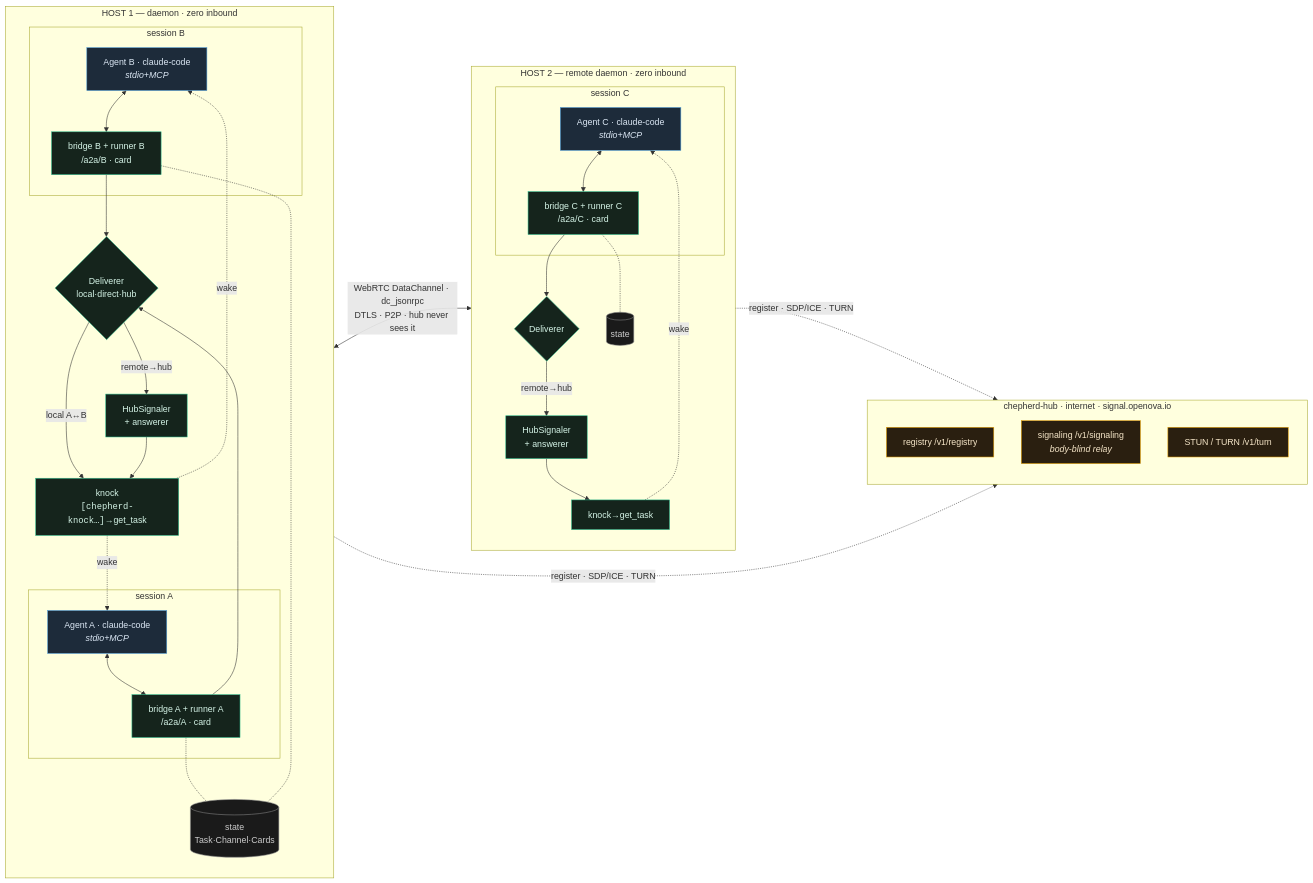
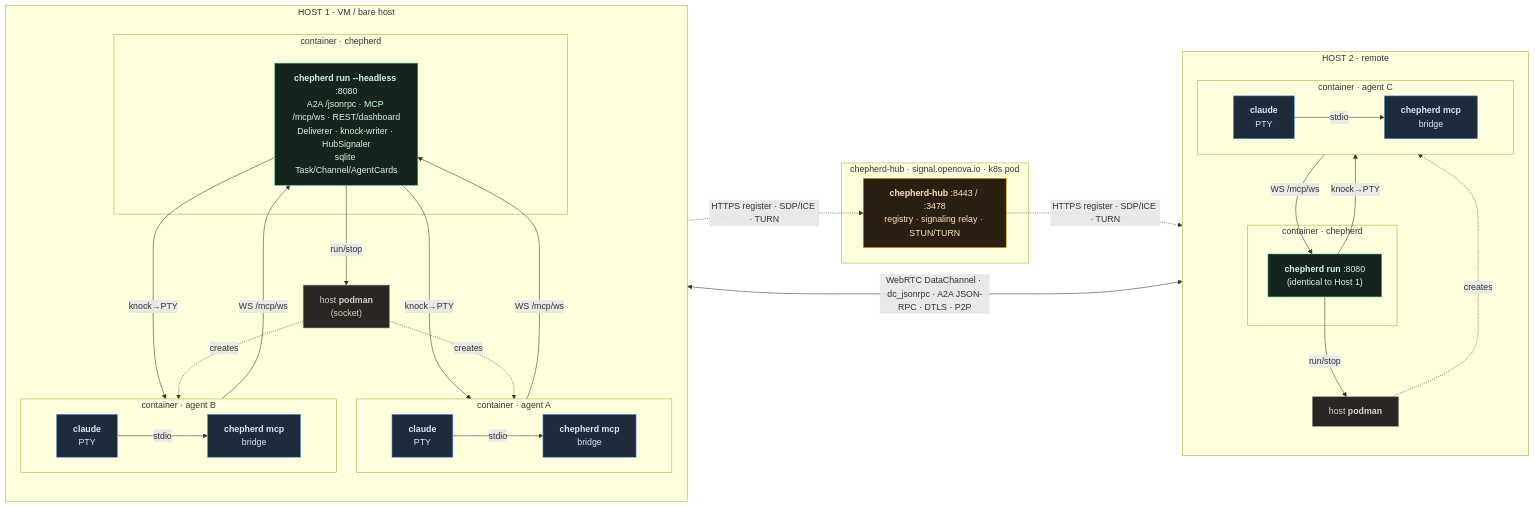
The first of 3 diagrams in docs/A2A-ARCHITECTURE.md (agenity-org/agenity), drawn with Mermaid before and after one commit. The commit also changed other lines of this file, not shown here.

First line of the commit message:
docs(a2a): widescreen layout — centre the hub on the spine, fill 16:9

````diff
--- a/docs/A2A-ARCHITECTURE.md
+++ b/docs/A2A-ARCHITECTURE.md
@@ -19,66 +13,68 @@
 ```mermaid
+%%{init: {'flowchart': {'nodeSpacing': 36, 'rankSpacing': 80, 'curve': 'basis'}}}%%
 flowchart LR
   classDef agent fill:#1d2b3a,stroke:#4f9dd9,color:#dce8f5
-  classDef ours fill:#15241c,stroke:#2fbf8f,color:#d6f5e8
+  classDef daemon fill:#15241c,stroke:#2fbf8f,color:#d6f5e8
+  classDef infra fill:#2a2622,stroke:#9a9a9a,color:#d8d2c8
   classDef hub fill:#2a1f10,stroke:#e69f00,color:#f6e6c8
-  classDef store fill:#1a1a1a,stroke:#888,color:#ccc
 
-  subgraph H1["HOST 1 — daemon · zero inbound"]
+  %% ── HOST 1 (left third) — agents A+B + daemon + podman ──────────────
+  subgraph HOST1["HOST 1 · VM / bare host"]
     direction TB
-    subgraph SA["session A"]
-      A["Agent A · claude-code<br/><i>stdio+MCP</i>"]:::agent
-      RA["bridge A + runner A<br/>/a2a/A · card"]:::ours
-      A <--> RA
+    subgraph cA["container · agent A"]
+      direction LR
+      CLA["<b>claude</b><br/>PTY"]:::agent
+      BRA["<b>chepherd mcp</b><br/>bridge"]:::agent
+      CLA -- stdio --> BRA
     end
-    subgraph SB["session B"]
-      B["Agent B · claude-code<br/><i>stdio+MCP</i>"]:::agent
-      RB["bridge B + runner B<br/>/a2a/B · card"]:::ours
-      B <--> RB
+    subgraph cB["container · agent B"]
+      direction LR
+      CLB["<b>claude</b><br/>PTY"]:::agent
+      BRB["<b>chepherd mcp</b><br/>bridge"]:::agent
+      CLB -- stdio --> BRB
     end
-    D1{"Deliverer<br/>local·direct·hub"}:::ours
-    K1["knock<br/><code>[chepherd-knock…]</code>→get_task"]:::ours
-    HS1["HubSignaler<br/>+ answerer"]:::ours
-    ST1[("state<br/>Task·Channel·Cards")]:::store
-    RA --> D1
-    RB --> D1
-    RA -.- ST1
-    RB -.- ST1
-    D1 -- "local A↔B" --> K1
-    K1 -. wake .-> A
-    K1 -. wake .-> B
-    D1 -- "remote→hub" --> HS1
+    subgraph cD1["container · chepherd"]
+      DAEMON["<b>chepherd run --headless</b> :8080<br/>A2A /jsonrpc · MCP /mcp/ws · REST/dashboard<br/>Deliverer · knock-writer · HubSignaler<br/>sqlite Task/Channel/AgentCards"]:::daemon
+    end
+    POD1["host <b>podman</b><br/>(socket)"]:::infra
+    BRA -- "WS /mcp/ws" --> DAEMON
+    BRB -- "WS /mcp/ws" --> DAEMON
+    DAEMON -- "knock→PTY" --> CLA
+    DAEMON -- "knock→PTY" --> CLB
+    DAEMON -- "run/stop" --> POD1
+    POD1 -. creates .-> cA
+    POD1 -. creates .-> cB
   end
 
-  subgraph HUB["chepherd-hub · internet · signal.openova.io"]
-    direction TB
-    REG["registry /v1/registry"]:::hub
-    SIG["signaling /v1/signaling<br/><i>body-blind relay</i>"]:::hub
-    TURN["STUN / TURN /v1/turn"]:::hub
+  %% ── HUB (centre) — sits on the horizontal spine ─────────────────────
+  subgraph HUB["chepherd-hub · signal.openova.io · k8s pod"]
+    HUBP["<b>chepherd-hub</b> :8443 / :3478<br/>registry · signaling relay · STUN/TURN"]:::hub
   end
 
-  subgraph H2["HOST 2 — remote daemon · zero inbound"]
+  %% ── HOST 2 (right third) — agent C + daemon + podman ────────────────
+  subgraph HOST2["HOST 2 · remote"]
     direction TB
-    subgraph SC["session C"]
-      C["Agent C · claude-code<br/><i>stdio+MCP</i>"]:::agent
-      RC["bridge C + runner C<br/>/a2a/C · card"]:::ours
-      C <--> RC
+    subgraph cD2["container · chepherd"]
+      DAEMON2["<b>chepherd run</b> :8080<br/>(identical to Host 1)"]:::daemon
     end
-    D2{"Deliverer"}:::ours
-    K2["knock→get_task"]:::ours
-    HS2["HubSignaler<br/>+ answerer"]:::ours
-    ST2[("state")]:::store
-    RC --> D2
-    RC -.- ST2
-    D2 -- "remote→hub" --> HS2
-    HS2 --> K2
-    K2 -. wake .-> C
+    subgraph cC["container · agent C"]
+      direction LR
+      CLC["<b>claude</b><br/>PTY"]:::agent
+      BRC["<b>chepherd mcp</b><br/>bridge"]:::agent
+      CLC -- stdio --> BRC
+    end
+    POD2["host <b>podman</b>"]:::infra
+    BRC -- "WS /mcp/ws" --> DAEMON2
+    DAEMON2 -- "knock→PTY" --> CLC
+    DAEMON2 -- "run/stop" --> POD2
+    POD2 -. creates .-> cC
   end
 
-  %% control plane only — discovery + signaling + TURN (NEVER payload)
-  HS1 -. "register · SDP/ICE · TURN" .-> HUB
-  HS2 -. "register · SDP/ICE · TURN" .-> HUB
+  %% control plane — signaling RELAYED THROUGH the hub (both daemons dial out);
+  %% drawn daemon→hub→daemon so the hub lands centre on the spine.
+  DAEMON -. "HTTPS register · SDP/ICE · TURN" .-> HUBP
+  HUBP  -. "HTTPS register · SDP/ICE · TURN" .-> DAEMON2
 
-  %% data plane — encrypted A2A payload, peer-to-peer, hub blind
-  HS1 <-->|"WebRTC DataChannel · dc_jsonrpc<br/>DTLS · P2P · hub never sees it"| HS2
-  HS1 --> K1
+  %% data plane — A2A payload peer-to-peer, hub-blind
+  DAEMON <-->|"WebRTC DataChannel · dc_jsonrpc · A2A JSON-RPC · DTLS · P2P"| DAEMON2
 ```
````
